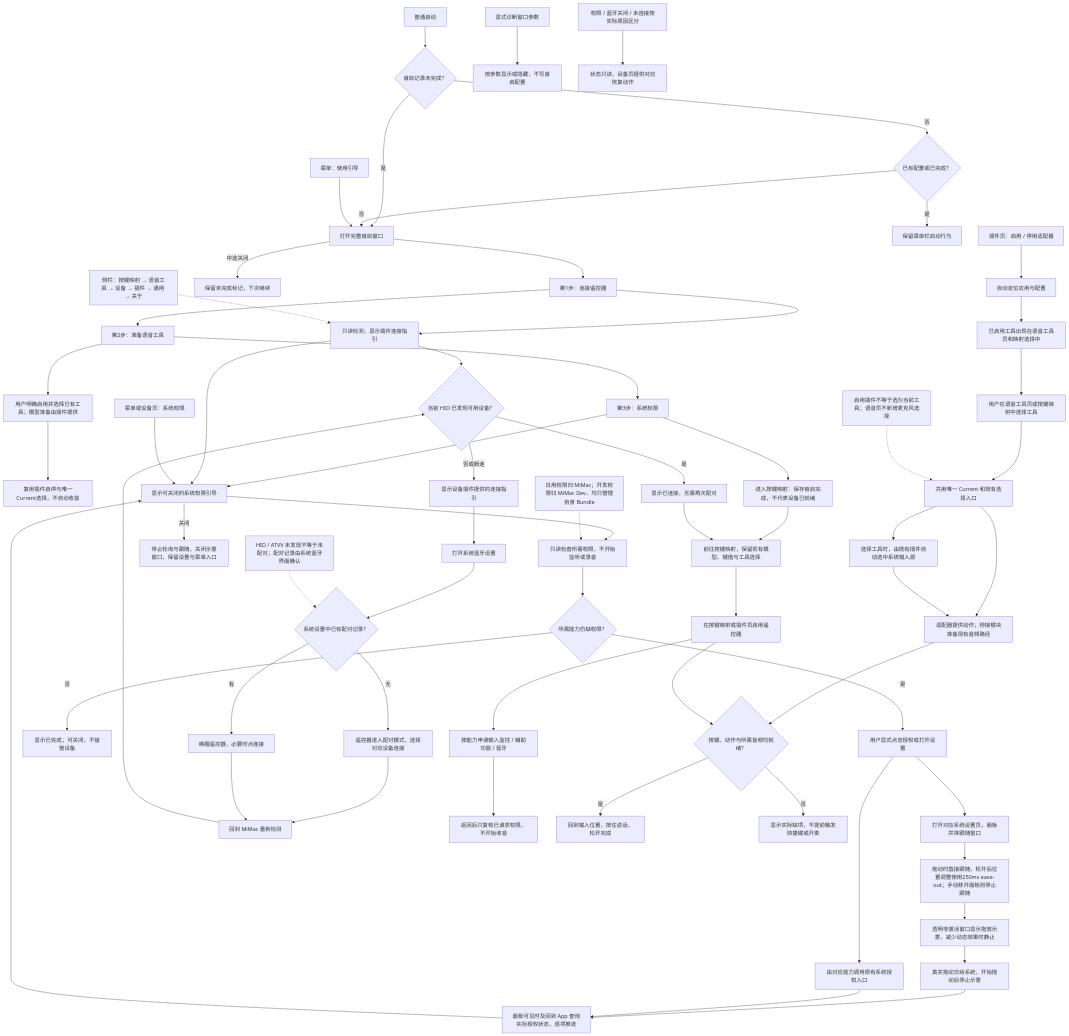
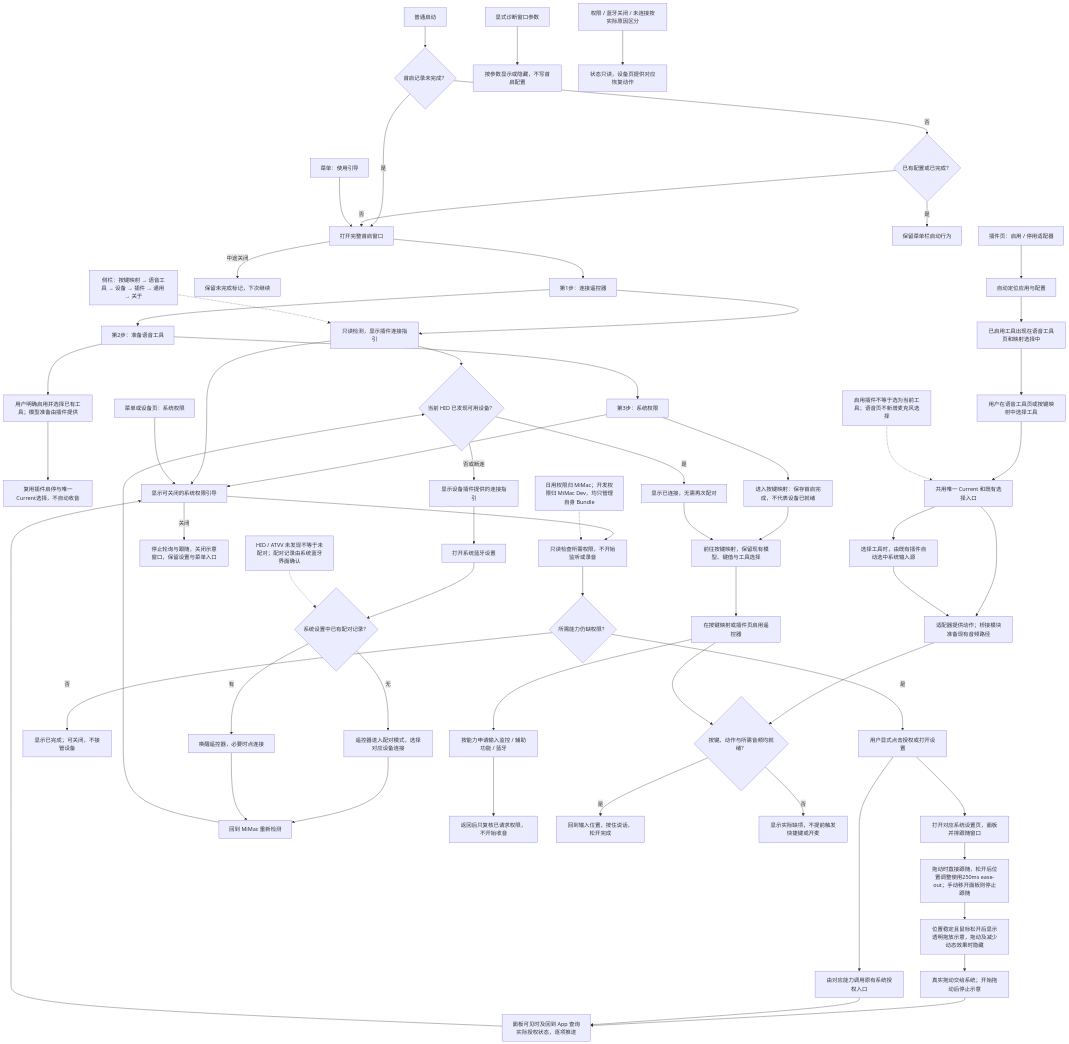
One commit to daftAI2026/MiMac changed the diagram in tools/workbench/diagrams/first-use-setup.mmd. Above: the diagram before and after it, drawn with Mermaid. The commit also changed 2 other files, not shown here.

Commit message:
Keep the drag illustration hidden during window movement

```diff
--- a/tools/workbench/diagrams/first-use-setup.mmd
+++ b/tools/workbench/diagrams/first-use-setup.mmd
@@ -1,64 +1,64 @@
 flowchart TD
     launch["普通启动"] --> resume{"首启记录未完成？"}
     resume -->|是| onboarding["打开完整首启窗口"]
     resume -->|否| known{"已有配置或已完成？"}
     known -->|是| tray["保留菜单栏启动行为"]
     known -->|否| onboarding
     reopenJourney["菜单：使用引导"] --> onboarding
     onboarding --> deviceStep["第1步：连接遥控器"]
     deviceStep --> device["只读检测，显示插件连接指引"]
     deviceStep --> toolStep["第2步：准备语音工具"]
     toolStep --> explicitChoice["用户明确启用并选择已有工具；模型准备由插件提供"]
     explicitChoice --> originalSelection["复用插件启停与唯一Current选择，不自动收音"]
     toolStep --> permissionStep["第3步：系统权限"]
     permissionStep --> permissionGuide["显式打开可关闭的系统权限引导"]
     permissionStep --> finish["进入按键映射：保存首启完成，不代表设备已就绪"]
     finish --> mappings
     onboarding -->|中途关闭| pending["保留未完成标记，下次继续"]
     explicit["显式诊断窗口参数"] --> override["按参数显示或隐藏，不写首启配置"]
     device --> detected{"当前 HID 已发现可用设备？"}
     device --> permissionGuide["显示可关闭的系统权限引导"]
     reopen["菜单或设备页：系统权限"] --> permissionGuide
     permissionGuide --> inspect["只读检查所需权限，不开始监听或录音"]
     inspect --> missing{"所需能力仍缺权限？"}
     missing -->|是| grantAction["用户显式点击授权或打开设置"]
     grantAction --> settings["打开对应系统设置页，面板并排跟随窗口"]
     settings --> follow["拖动时直接跟随，松开后位置调整使用250ms ease-out；手动移开面板则停止跟随"]
-    follow --> illustration["透明非激活窗口显示拖放示意，减少动态效果时静止"]
+    follow --> illustration["位置稳定且鼠标松开后显示透明拖放示意，拖动及减少动态效果时隐藏"]
     illustration --> drag["真实拖动交给系统；开始拖动后停止示意"]
     drag --> guideRefresh
     missing -->|否| complete["显示已完成；可关闭，不接管设备"]
     grantAction --> nativeGrant["由对应能力调用原有系统授权入口"]
     nativeGrant --> guideRefresh["面板可见时及回到 App 查询实际授权状态，逐项推进"]
     guideRefresh --> permissionGuide
     identity["日用权限归 MiMac；开发权限归 MiMac Dev，均只管理自身 Bundle"] -.-> inspect
     permissionGuide -->|关闭| keepSettings["停止轮询与跟随，关闭示意窗口，保留设置与菜单入口"]
     detected -->|是| connected["显示已连接，无需再次配对"]
     connected --> mappings["前往按键映射，保留现有模型、键值与工具选择"]
     mappings --> enable
     detected -->|否或断连| help["显示设备插件提供的连接指引"]
     help --> pair["打开系统蓝牙设置"]
     pair --> saved{"系统设置中已有配对记录？"}
     saved -->|无| pairing["遥控器进入配对模式，选择对应设备连接"]
     saved -->|有| reconnect["唤醒遥控器，必要时点连接"]
     pairing --> recheck["回到 MiMac 重新检测"]
     reconnect --> recheck
     recheck --> detected
     evidence["HID / ATVV 未发现不等于未配对；配对记录由系统蓝牙界面确认"] -.-> saved
     enable["在按键映射或插件页启用遥控器"]
     enable --> grants["按能力申请输入监控 / 辅助功能 / 蓝牙"]
     grants --> returnApp["返回后只复核已请求权限，不开始收音"]
     plugins["插件页：启用 / 停用适配器"] --> discovery["自动定位应用与配置"]
     discovery --> available["已启用工具出现在语音工具页和映射选择中"]
     available --> choose["用户在语音工具页或按键映射中选择工具"]
     choose --> current["共用唯一 Current 和既有选择入口"]
     current --> resolve["适配器提供动作；桥接模块准备现有音频路径"]
     current --> selectSource["选择工具时，由既有插件自动选中系统输入源"]
     selectSource --> resolve
     resolve --> ready{"按键、动作与所需音频均就绪？"}
     enable --> ready
     ready -->|是| action["回到输入位置，按住说话，松开完成"]
     ready -->|否| status["显示实际缺项，不提前触发快捷键或开麦"]
     separate["启用插件不等于选为当前工具；语音页不新增麦克风选择"] -.-> current
     failures["权限 / 蓝牙关闭 / 未连接按实际原因区分"] --> next["状态只读，设备页提供对应恢复动作"]
     navigation["侧栏：按键映射 → 语音工具 → 设备 → 插件 → 通用 → 关于"] -.-> device
```
